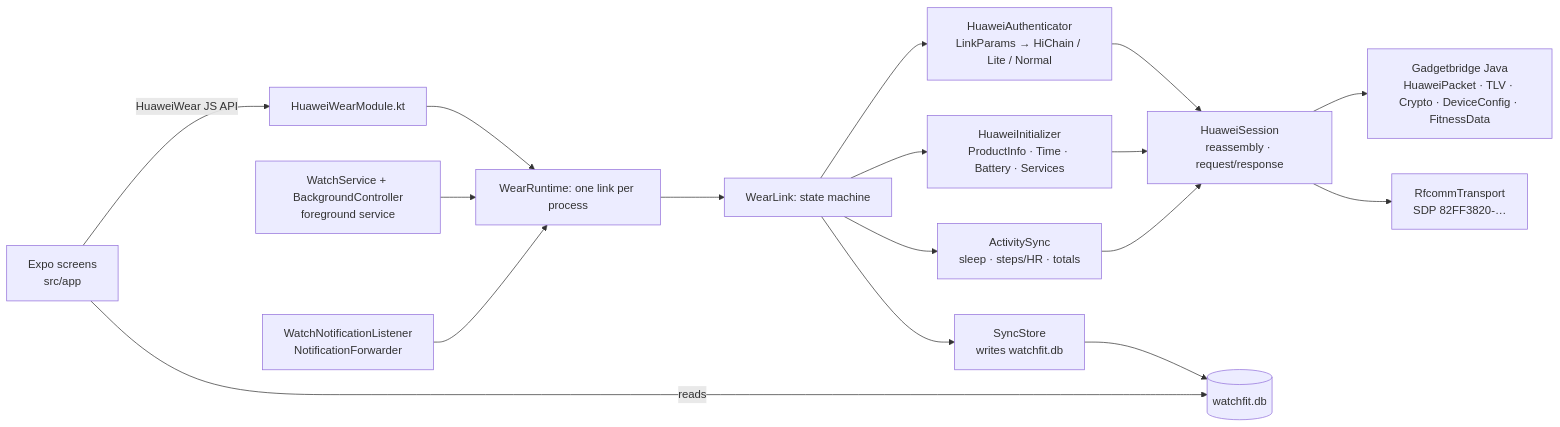
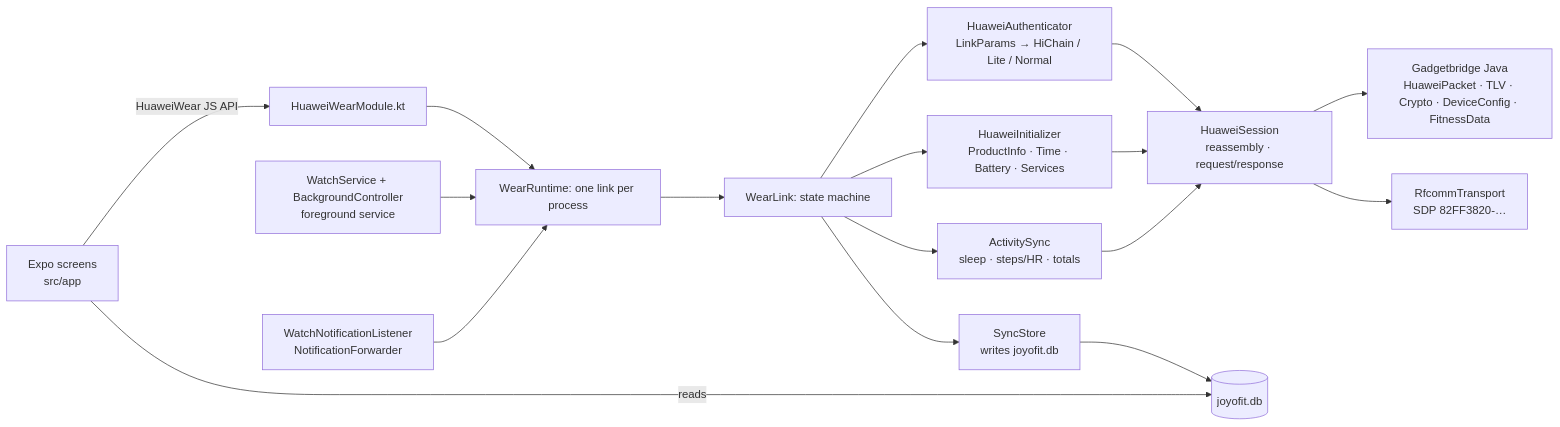
The diagram in README.md (David4rr/joyofit), drawn with Mermaid before and after one commit. The commit also changed other lines of this file and 30 other files, not shown here.

````diff
--- a/README.md
+++ b/README.md
@@ -19,17 +19,17 @@
 ```mermaid
 flowchart LR
   UI[Expo screens<br/>src/app] -- HuaweiWear JS API --> MOD[HuaweiWearModule.kt]
   MOD --> RT[WearRuntime: one link per process]
   SVC[WatchService + BackgroundController<br/>foreground service] --> RT
   NL[WatchNotificationListener<br/>NotificationForwarder] --> RT
   RT --> LINK[WearLink: state machine]
   LINK --> AUTH[HuaweiAuthenticator<br/>LinkParams → HiChain / Lite / Normal]
   LINK --> INIT[HuaweiInitializer<br/>ProductInfo · Time · Battery · Services]
   LINK --> SYNC[ActivitySync<br/>sleep · steps/HR · totals]
-  LINK --> STORE[SyncStore<br/>writes watchfit.db]
+  LINK --> STORE[SyncStore<br/>writes joyofit.db]
   AUTH & INIT & SYNC --> SES[HuaweiSession<br/>reassembly · request/response]
   SES --> GB[Gadgetbridge Java<br/>HuaweiPacket · TLV · Crypto · DeviceConfig · FitnessData]
   SES --> RF[RfcommTransport<br/>SDP 82FF3820-…]
-  STORE --> DB[(watchfit.db)]
+  STORE --> DB[(joyofit.db)]
   UI -- reads --> DB
 ```
````
